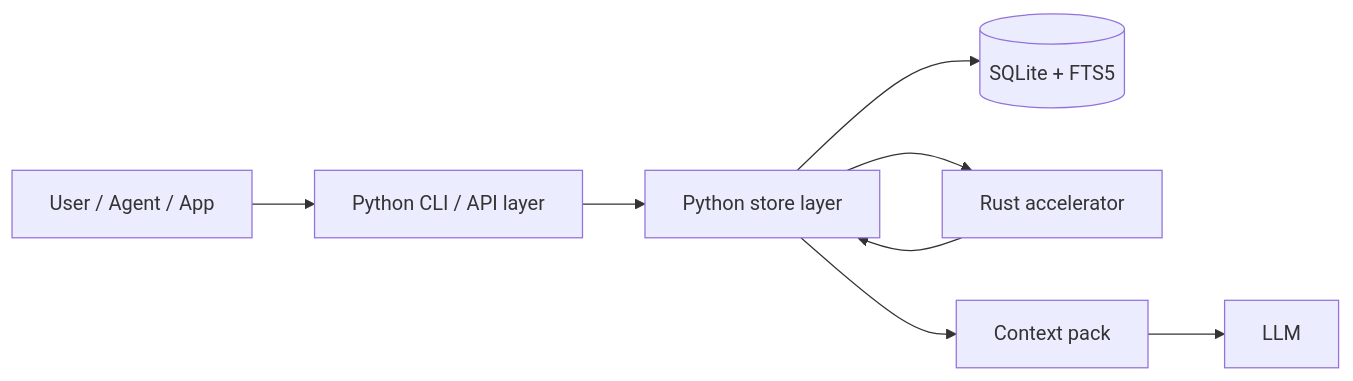
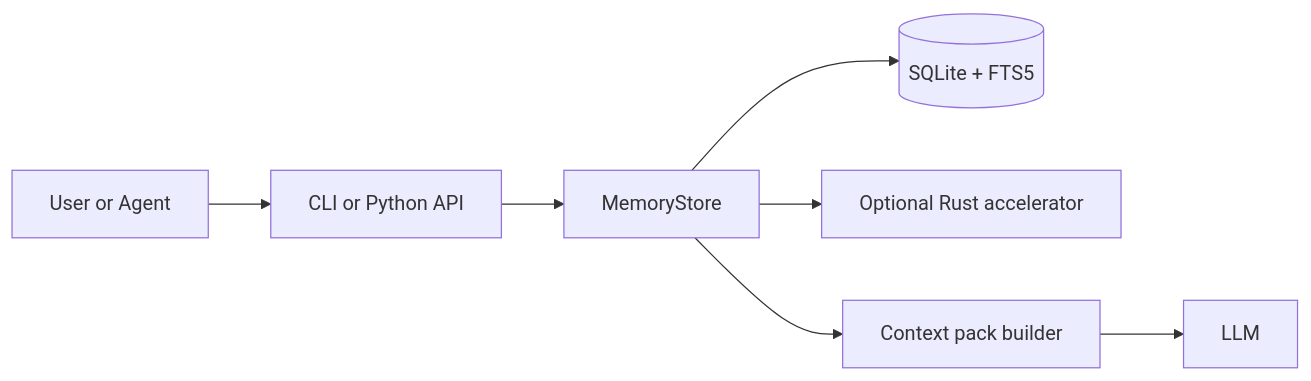
The second of 2 diagrams in docs/OPERATING_GUIDE_UK.md (Artem362/memory-kernel), drawn with Mermaid before and after one commit. The commit also changed other lines of this file, not shown here.

````diff
--- a/docs/OPERATING_GUIDE_UK.md
+++ b/docs/OPERATING_GUIDE_UK.md
@@ -151,10 +191,9 @@
 ```mermaid
 flowchart LR
-    U[User / Agent / App] --> CLI[Python CLI / API layer]
-    CLI --> STORE[Python store layer]
+    U[User or Agent] --> CLI[CLI or Python API]
+    CLI --> STORE[MemoryStore]
     STORE --> DB[(SQLite + FTS5)]
-    STORE --> RUST[Rust accelerator]
-    RUST --> STORE
-    STORE --> PACK[Context pack]
+    STORE --> ACCEL[Optional Rust accelerator]
+    STORE --> PACK[Context pack builder]
     PACK --> MODEL[LLM]
 ```
````
